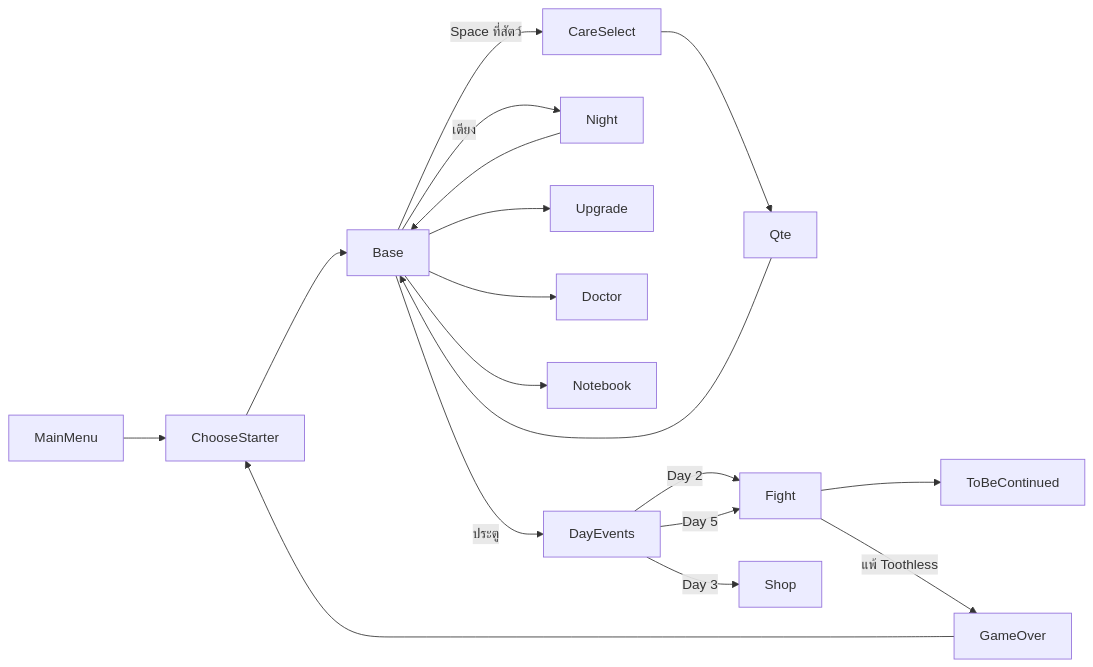
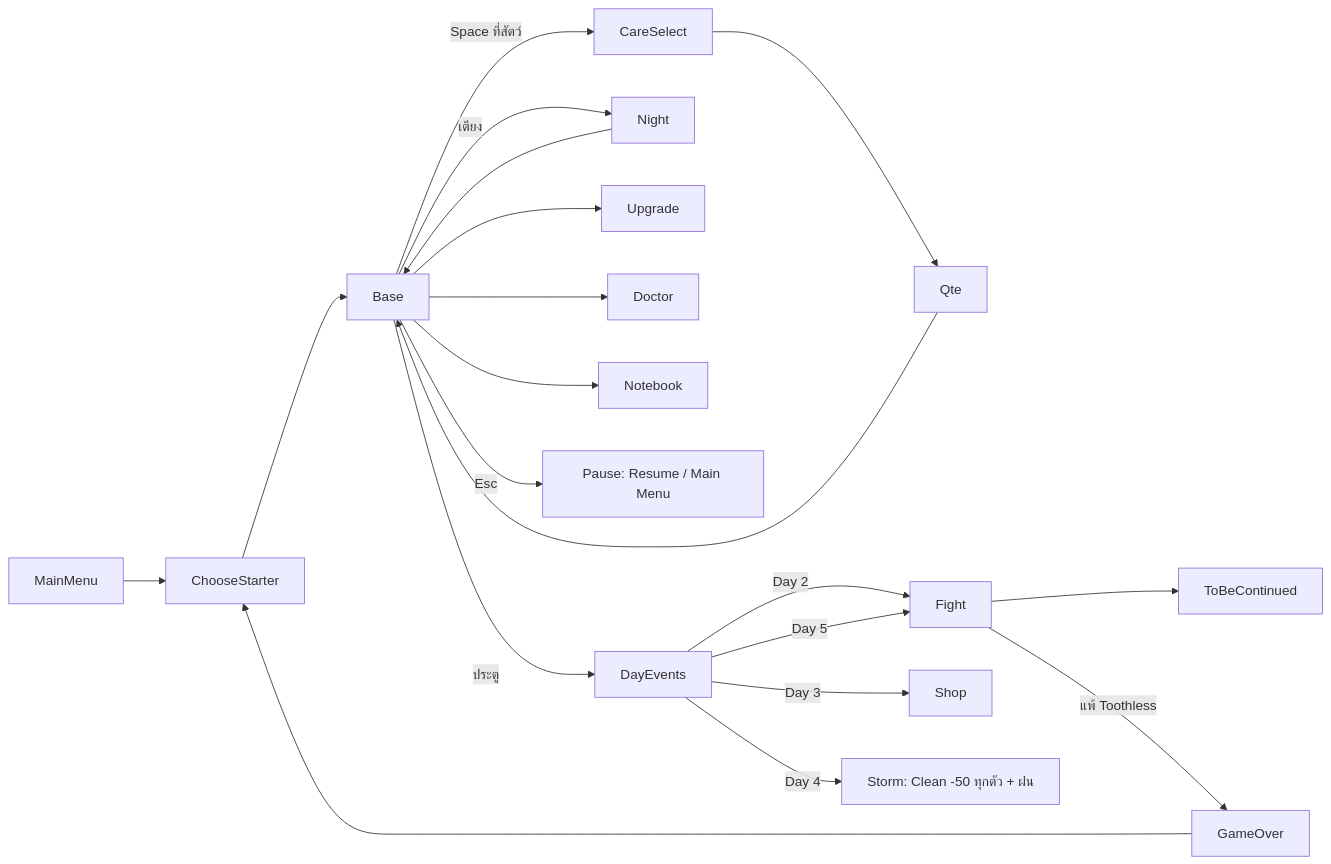
The diagram in BEPAL/Docs/GDD/04-class-diagram.md (SShoww/CoProjectBepal), drawn with Mermaid before and after one commit. The commit also changed other lines of this file and 19 other files, not shown here.

````diff
--- a/BEPAL/Docs/GDD/04-class-diagram.md
+++ b/BEPAL/Docs/GDD/04-class-diagram.md
@@ -23,12 +23,14 @@
 ```mermaid
 flowchart LR
     MainMenu --> ChooseStarter --> Base
     Base -->|Space ที่สัตว์| CareSelect --> Qte --> Base
     Base -->|เตียง| Night --> Base
     Base --> Upgrade & Doctor & Notebook
+    Base -->|Esc| Paused[Pause: Resume / Main Menu]
     Base -->|ประตู| DayEvents
     DayEvents -->|Day 2| Fight
     DayEvents -->|Day 3| Shop
+    DayEvents -->|Day 4| Storm[Storm: Clean -50 ทุกตัว + ฝน]
     DayEvents -->|Day 5| Fight --> ToBeContinued
     Fight -->|แพ้ Toothless| GameOver --> ChooseStarter
 ```
````
